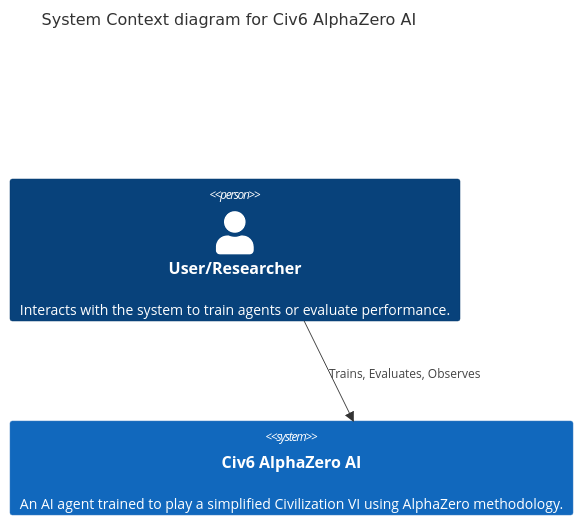
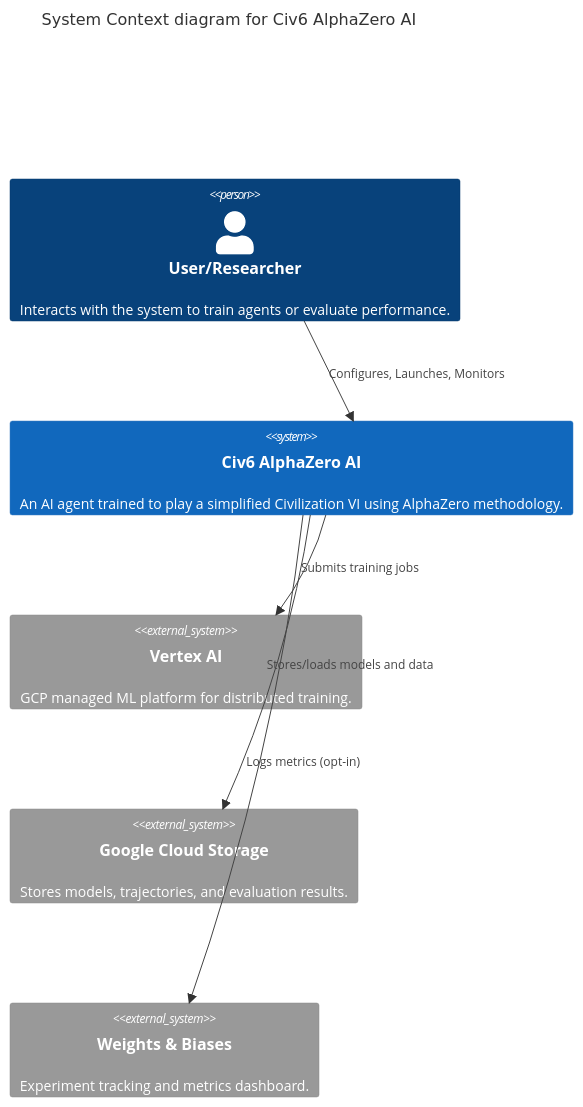
Before and after one commit to Mango-Metrics-NLM/Civ6-AlphaZero: the first of 3 diagrams in docs/architecture.md, drawn with Mermaid. The commit also changed other lines of this file and 29 other files, not shown here.

First line of the commit message:
feat(cloud): add Vertex AI production training pipeline with GumbelMCTS

````diff
--- a/docs/architecture.md
+++ b/docs/architecture.md
@@ -5,9 +5,15 @@
 ```mermaid
 C4Context
     title System Context diagram for Civ6 AlphaZero AI
 
     Person(user, "User/Researcher", "Interacts with the system to train agents or evaluate performance.")
     System(civ6_ai, "Civ6 AlphaZero AI", "An AI agent trained to play a simplified Civilization VI using AlphaZero methodology.")
+    System_Ext(vertex, "Vertex AI", "GCP managed ML platform for distributed training.")
+    System_Ext(gcs, "Google Cloud Storage", "Stores models, trajectories, and evaluation results.")
+    System_Ext(wandb, "Weights & Biases", "Experiment tracking and metrics dashboard.")
 
-    Rel(user, civ6_ai, "Trains, Evaluates, Observes")
+    Rel(user, civ6_ai, "Configures, Launches, Monitors")
+    Rel(civ6_ai, vertex, "Submits training jobs")
+    Rel(civ6_ai, gcs, "Stores/loads models and data")
+    Rel(civ6_ai, wandb, "Logs metrics (opt-in)")
 ```
````
